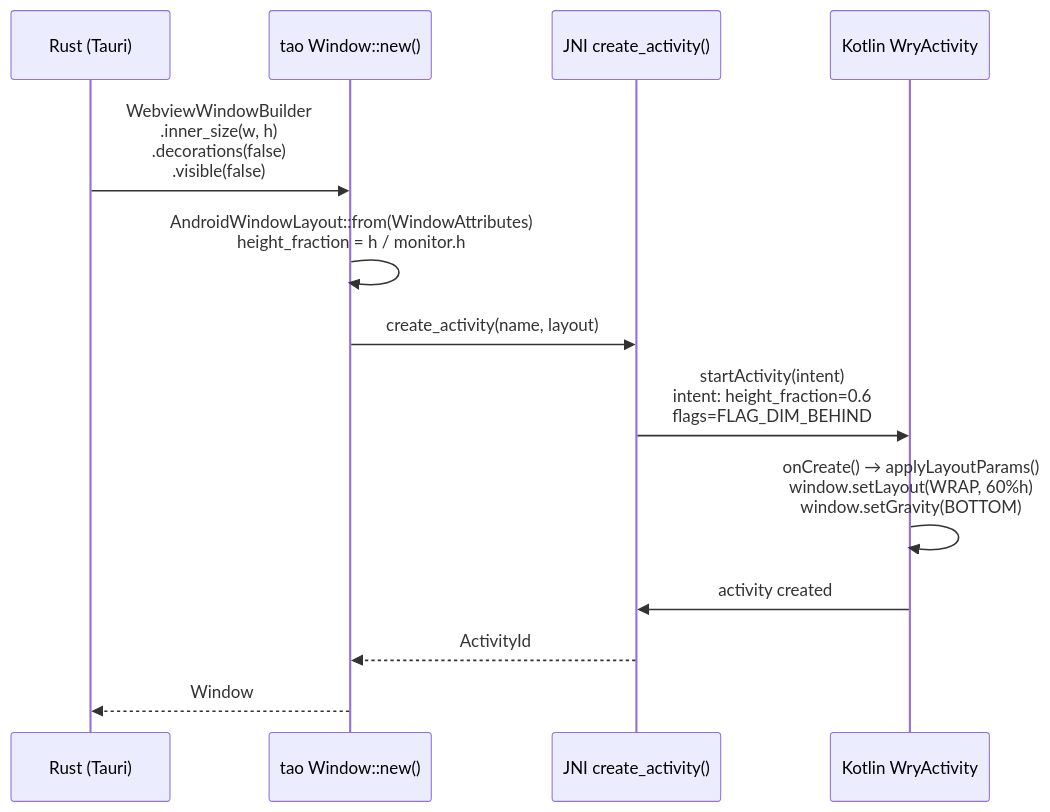
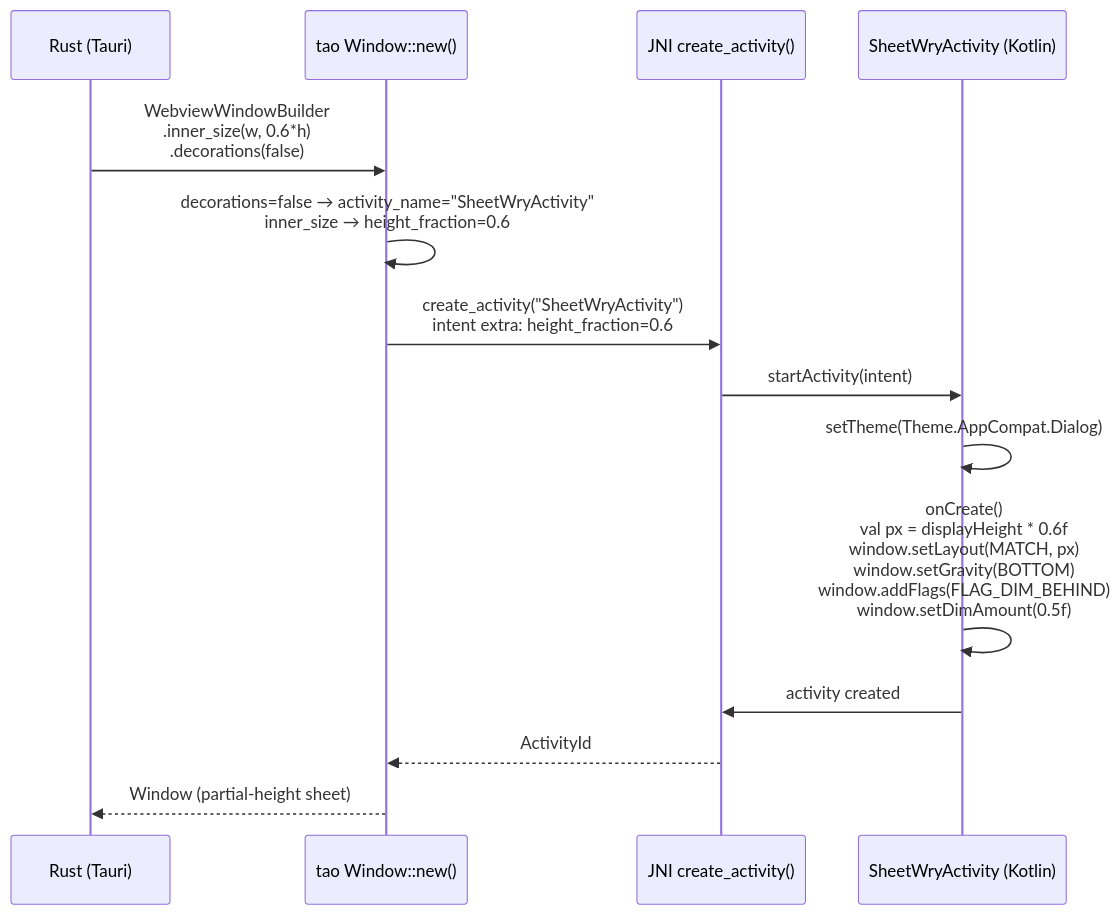
One commit to ewe-studios/ewe_platform changed the diagram in specifications/52-tauri-foundation-platform/features/F44-tao-android-layout/feature.md. Above: the diagram before and after it, drawn with Mermaid. The commit also changed other lines of this file and 1 other file, not shown here.

First line of the commit message:
spec(F44-F45): adopt dedicated Kotlin class approach per user TODO

````diff
--- a/specifications/52-tauri-foundation-platform/features/F44-tao-android-layout/feature.md
+++ b/specifications/52-tauri-foundation-platform/features/F44-tao-android-layout/feature.md
@@ -40,16 +40,17 @@
 ```mermaid
 sequenceDiagram
     participant R as Rust (Tauri)
     participant T as tao Window::new()
     participant J as JNI create_activity()
-    participant K as Kotlin WryActivity
+    participant SK as SheetWryActivity (Kotlin)
 
-    R->>T: WebviewWindowBuilder<br/>.inner_size(w, h)<br/>.decorations(false)<br/>.visible(false)
-    T->>T: AndroidWindowLayout::from(WindowAttributes)<br/>height_fraction = h / monitor.h
-    T->>J: create_activity(name, layout)
-    J->>K: startActivity(intent)<br/>intent: height_fraction=0.6<br/>flags=FLAG_DIM_BEHIND
-    K->>K: onCreate() → applyLayoutParams()<br/>window.setLayout(WRAP, 60%h)<br/>window.setGravity(BOTTOM)
-    K->>J: activity created
+    R->>T: WebviewWindowBuilder<br/>.inner_size(w, 0.6*h)<br/>.decorations(false)
+    T->>T: decorations=false → activity_name="SheetWryActivity"<br/>inner_size → height_fraction=0.6
+    T->>J: create_activity("SheetWryActivity")<br/>intent extra: height_fraction=0.6
+    J->>SK: startActivity(intent)
+    SK->>SK: setTheme(Theme.AppCompat.Dialog)
+    SK->>SK: onCreate()<br/>val px = displayHeight * 0.6f<br/>window.setLayout(MATCH, px)<br/>window.setGravity(BOTTOM)<br/>window.addFlags(FLAG_DIM_BEHIND)<br/>window.setDimAmount(0.5f)
+    SK->>J: activity created
     J-->>T: ActivityId
-    T-->>R: Window
+    T-->>R: Window (partial-height sheet)
 ```
````
